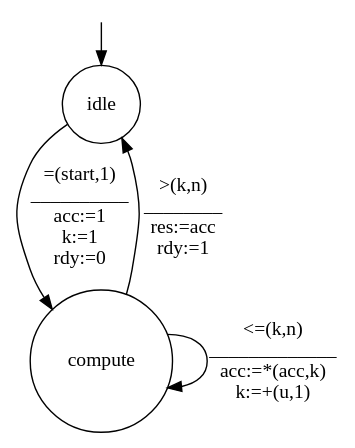
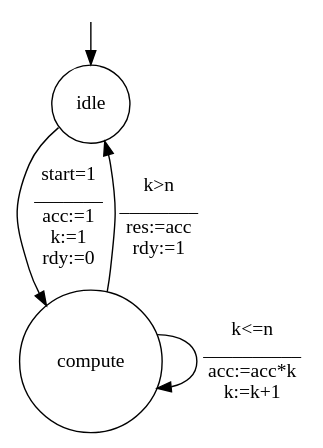
One commit to jserot/fcf changed the diagram in examples/fact/fact.dot. Above: the diagram before and after it, drawn with Graphviz. The commit also changed 19 other files, not shown here.

```diff
--- a/examples/fact/fact.dot
+++ b/examples/fact/fact.dot
@@ -1,24 +1,24 @@
 digraph fact {
 layout = dot;
 rankdir = UD;
 size = "8.5,11";
 label = ""
  center = 1;
  nodesep = "0.350000"
  ranksep = "0.400000"
  fontsize = 14;
 mindist="1.0"
 _ini [shape=point; label=""; style = invis]
 idle [label = "idle", shape = circle, style = solid]
 compute [label = "compute", shape = circle, style = solid]
 _ini->idle
-idle->compute [label="=(start,1)
+idle->compute [label="start=1
+_______
+acc:=1\nk:=1\nrdy:=0"]
+compute->compute [label="k<=n
 __________
-acc:=1\nk:=1\nrdy:=0"]
-compute->compute [label="<=(k,n)
-_____________
-acc:=*(acc,k)\nk:=+(u,1)"]
-compute->idle [label=">(k,n)
+acc:=acc*k\nk:=k+1"]
+compute->idle [label="k>n
 ________
 res:=acc\nrdy:=1"]
 }
```
